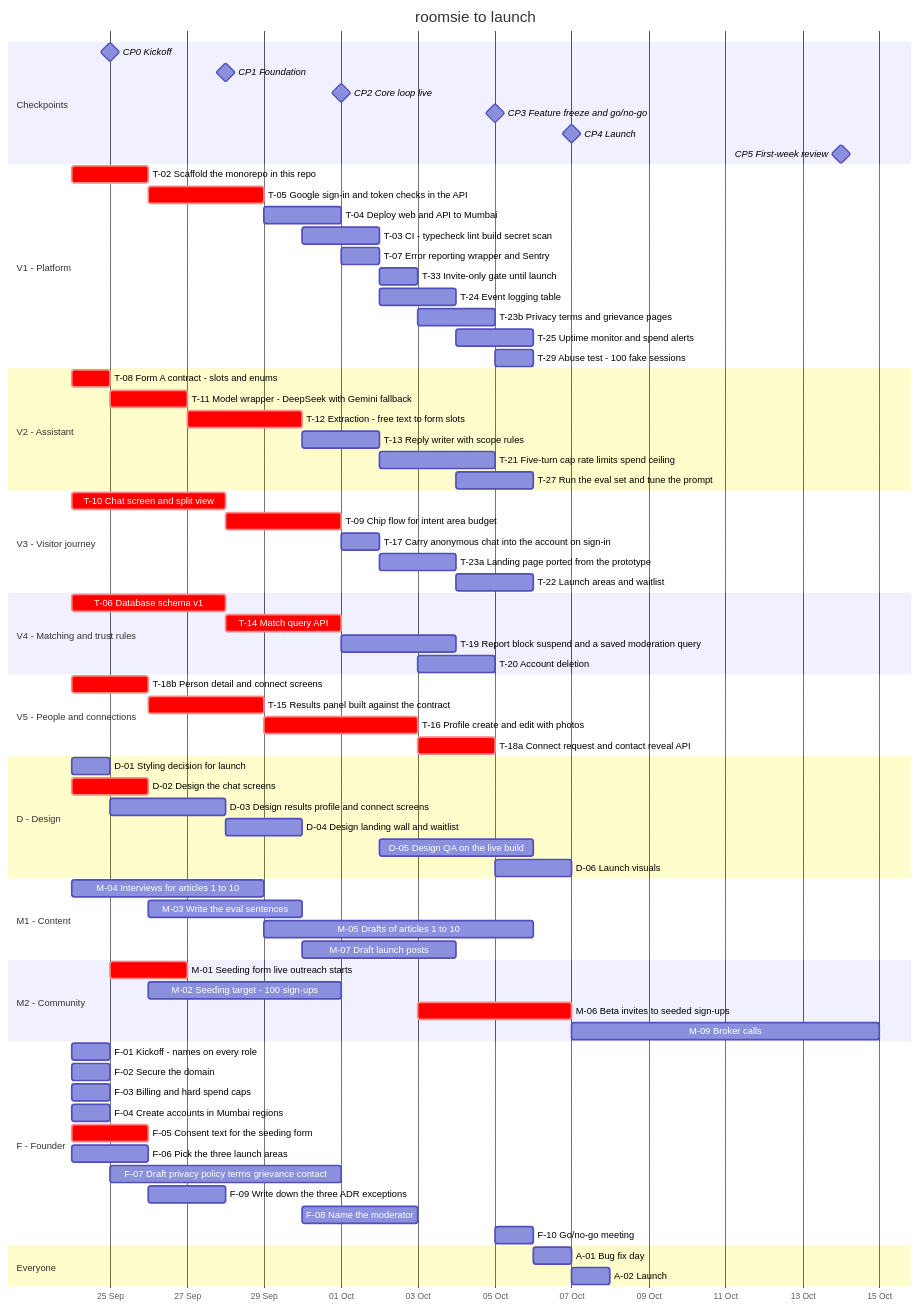
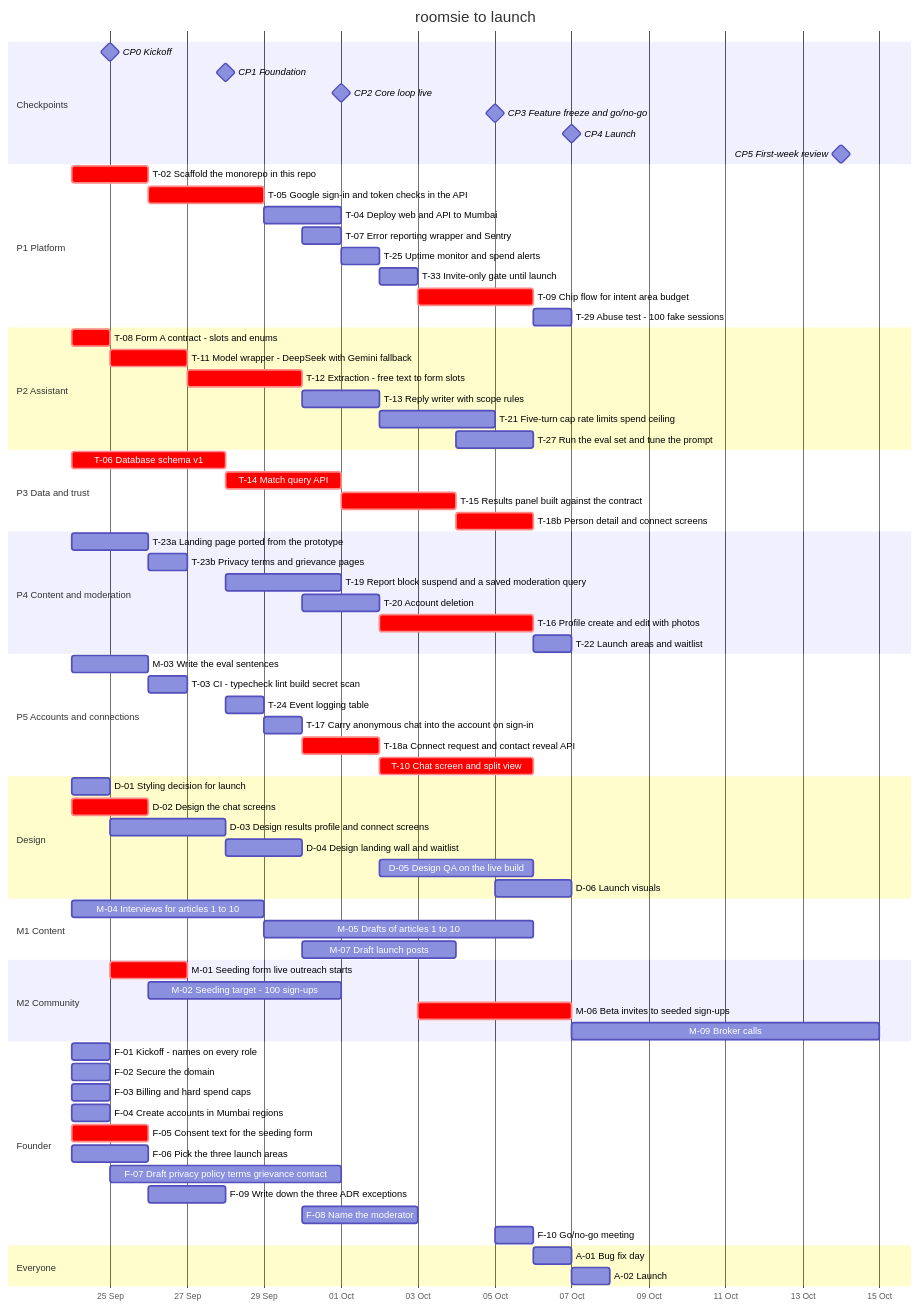
Before and after one commit to magentawood/roomsie: the diagram in docs/team-plan.md, drawn with Mermaid. The commit also changed other lines of this file and 18 other files, not shown here.

````diff
--- a/docs/team-plan.md
+++ b/docs/team-plan.md
@@ -248,78 +258,78 @@
 ```mermaid
 gantt
     title roomsie to launch
     dateFormat YYYY-MM-DD
     axisFormat %d %b
     section Checkpoints
     CP0 Kickoff :milestone, cp0, 2026-09-25, 0d
     CP1 Foundation :milestone, cp1, 2026-09-28, 0d
     CP2 Core loop live :milestone, cp2, 2026-10-01, 0d
     CP3 Feature freeze and go/no-go :milestone, cp3, 2026-10-05, 0d
     CP4 Launch :milestone, cp4, 2026-10-07, 0d
     CP5 First-week review :milestone, cp5, 2026-10-14, 0d
-    section V1 - Platform
+    section P1 Platform
     T-02 Scaffold the monorepo in this repo :crit, t02, 2026-09-24, 2d
     T-05 Google sign-in and token checks in the API :crit, t05, 2026-09-26, 3d
     T-04 Deploy web and API to Mumbai :t04, 2026-09-29, 2d
-    T-03 CI - typecheck lint build secret scan :t03, 2026-09-30, 2d
-    T-07 Error reporting wrapper and Sentry :t07, 2026-10-01, 1d
+    T-07 Error reporting wrapper and Sentry :t07, 2026-09-30, 1d
+    T-25 Uptime monitor and spend alerts :t25, 2026-10-01, 1d
     T-33 Invite-only gate until launch :t33, 2026-10-02, 1d
-    T-24 Event logging table :t24, 2026-10-02, 2d
-    T-23b Privacy terms and grievance pages :t23b, 2026-10-03, 2d
-    T-25 Uptime monitor and spend alerts :t25, 2026-10-04, 2d
-    T-29 Abuse test - 100 fake sessions :t29, 2026-10-05, 1d
-    section V2 - Assistant
+    T-09 Chip flow for intent area budget :crit, t09, 2026-10-03, 3d
+    T-29 Abuse test - 100 fake sessions :t29, 2026-10-06, 1d
+    section P2 Assistant
     T-08 Form A contract - slots and enums :crit, t08, 2026-09-24, 1d
     T-11 Model wrapper - DeepSeek with Gemini fallback :crit, t11, 2026-09-25, 2d
     T-12 Extraction - free text to form slots :crit, t12, 2026-09-27, 3d
     T-13 Reply writer with scope rules :t13, 2026-09-30, 2d
     T-21 Five-turn cap rate limits spend ceiling :t21, 2026-10-02, 3d
     T-27 Run the eval set and tune the prompt :t27, 2026-10-04, 2d
-    section V3 - Visitor journey
-    T-10 Chat screen and split view :crit, t10, 2026-09-24, 4d
-    T-09 Chip flow for intent area budget :crit, t09, 2026-09-28, 3d
-    T-17 Carry anonymous chat into the account on sign-in :t17, 2026-10-01, 1d
-    T-23a Landing page ported from the prototype :t23a, 2026-10-02, 2d
-    T-22 Launch areas and waitlist :t22, 2026-10-04, 2d
-    section V4 - Matching and trust rules
+    section P3 Data and trust
     T-06 Database schema v1 :crit, t06, 2026-09-24, 4d
     T-14 Match query API :crit, t14, 2026-09-28, 3d
-    T-19 Report block suspend and a saved moderation query :t19, 2026-10-01, 3d
-    T-20 Account deletion :t20, 2026-10-03, 2d
-    section V5 - People and connections
-    T-18b Person detail and connect screens :crit, t18b, 2026-09-24, 2d
-    T-15 Results panel built against the contract :crit, t15, 2026-09-26, 3d
-    T-16 Profile create and edit with photos :crit, t16, 2026-09-29, 4d
-    T-18a Connect request and contact reveal API :crit, t18a, 2026-10-03, 2d
-    section D - Design
+    T-15 Results panel built against the contract :crit, t15, 2026-10-01, 3d
+    T-18b Person detail and connect screens :crit, t18b, 2026-10-04, 2d
+    section P4 Content and moderation
+    T-23a Landing page ported from the prototype :t23a, 2026-09-24, 2d
+    T-23b Privacy terms and grievance pages :t23b, 2026-09-26, 1d
+    T-19 Report block suspend and a saved moderation query :t19, 2026-09-28, 3d
+    T-20 Account deletion :t20, 2026-09-30, 2d
+    T-16 Profile create and edit with photos :crit, t16, 2026-10-02, 4d
+    T-22 Launch areas and waitlist :t22, 2026-10-06, 1d
+    section P5 Accounts and connections
+    M-03 Write the eval sentences :m03, 2026-09-24, 2d
+    T-03 CI - typecheck lint build secret scan :t03, 2026-09-26, 1d
+    T-24 Event logging table :t24, 2026-09-28, 1d
+    T-17 Carry anonymous chat into the account on sign-in :t17, 2026-09-29, 1d
+    T-18a Connect request and contact reveal API :crit, t18a, 2026-09-30, 2d
+    T-10 Chat screen and split view :crit, t10, 2026-10-02, 4d
+    section Design
     D-01 Styling decision for launch :d01, 2026-09-24, 1d
     D-02 Design the chat screens :crit, d02, 2026-09-24, 2d
     D-03 Design results profile and connect screens :d03, 2026-09-25, 3d
     D-04 Design landing wall and waitlist :d04, 2026-09-28, 2d
     D-05 Design QA on the live build :d05, 2026-10-02, 4d
     D-06 Launch visuals :d06, 2026-10-05, 2d
-    section M1 - Content
+    section M1 Content
     M-04 Interviews for articles 1 to 10 :m04, 2026-09-24, 5d
-    M-03 Write the eval sentences :m03, 2026-09-26, 4d
     M-05 Drafts of articles 1 to 10 :m05, 2026-09-29, 7d
     M-07 Draft launch posts :m07, 2026-09-30, 4d
-    section M2 - Community
+    section M2 Community
     M-01 Seeding form live outreach starts :crit, m01, 2026-09-25, 2d
     M-02 Seeding target - 100 sign-ups :m02, 2026-09-26, 5d
     M-06 Beta invites to seeded sign-ups :crit, m06, 2026-10-03, 4d
     M-09 Broker calls :m09, 2026-10-07, 8d
-    section F - Founder
+    section Founder
     F-01 Kickoff - names on every role :f01, 2026-09-24, 1d
     F-02 Secure the domain :f02, 2026-09-24, 1d
     F-03 Billing and hard spend caps :f03, 2026-09-24, 1d
     F-04 Create accounts in Mumbai regions :f04, 2026-09-24, 1d
     F-05 Consent text for the seeding form :crit, f05, 2026-09-24, 2d
     F-06 Pick the three launch areas :f06, 2026-09-24, 2d
     F-07 Draft privacy policy terms grievance contact :f07, 2026-09-25, 6d
     F-09 Write down the three ADR exceptions :f09, 2026-09-26, 2d
     F-08 Name the moderator :f08, 2026-09-30, 3d
     F-10 Go/no-go meeting :f10, 2026-10-05, 1d
     section Everyone
     A-01 Bug fix day :a01, 2026-10-06, 1d
     A-02 Launch :a02, 2026-10-07, 1d
 ```
````
